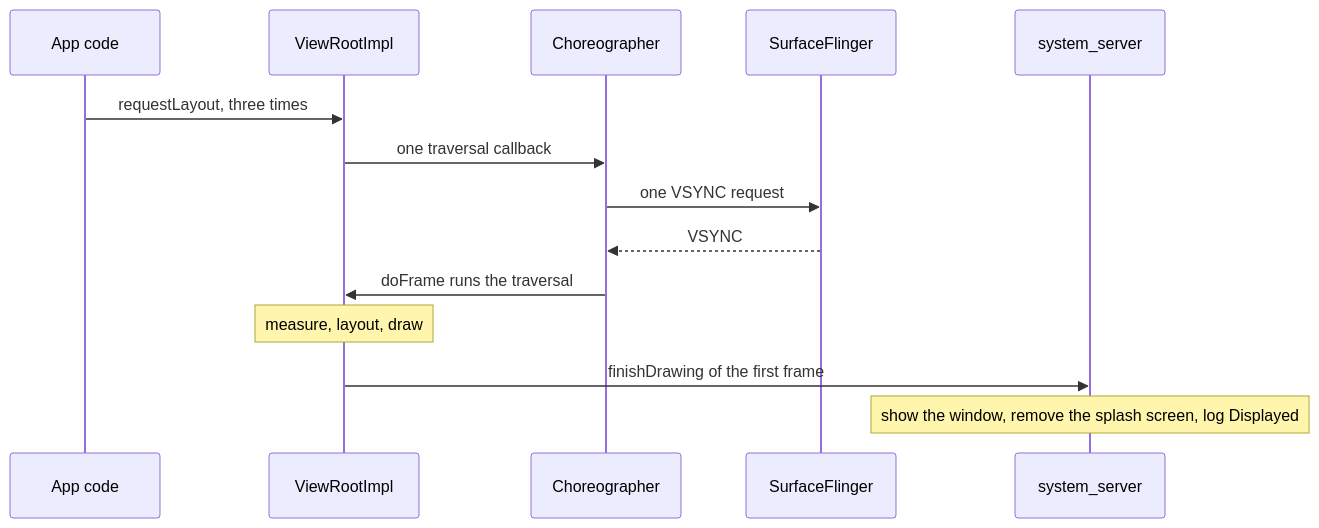
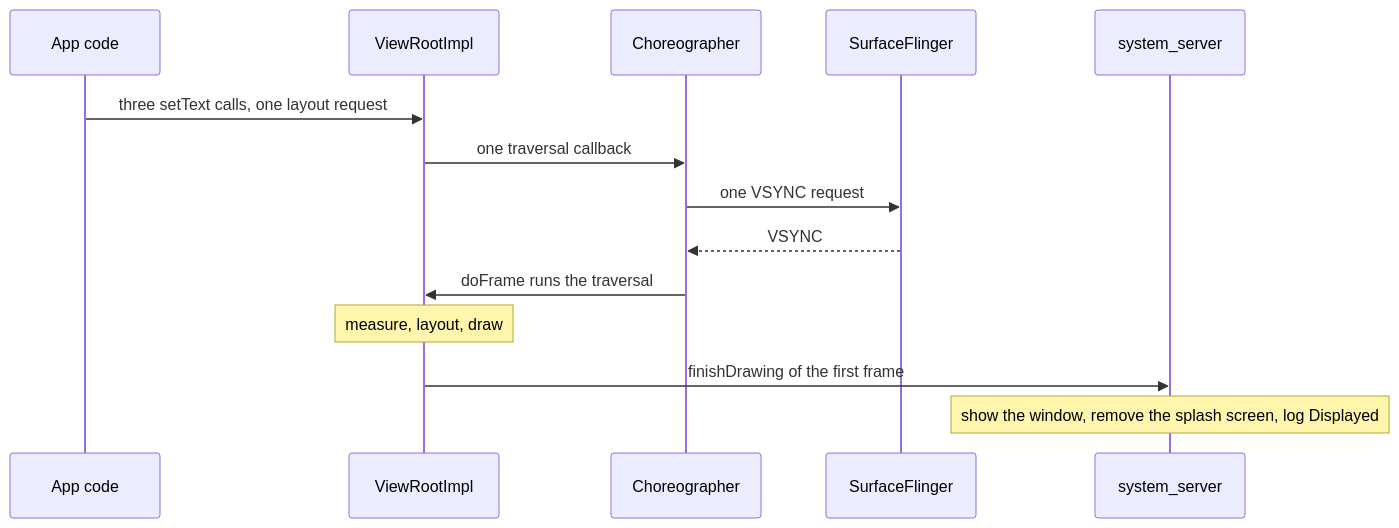
One commit to imGurpreetSK/android-from-first-principles changed the diagram in site/src/content/docs/launch-path/first-frame.mdx. Above: the diagram before and after it, drawn with Mermaid. The commit also changed other lines of this file, not shown here.

````diff
--- a/site/src/content/docs/launch-path/first-frame.mdx
+++ b/site/src/content/docs/launch-path/first-frame.mdx
@@ -185,16 +185,16 @@
 ```mermaid
 sequenceDiagram
   participant App as App code
   participant VRI as ViewRootImpl
   participant C as Choreographer
   participant SF as SurfaceFlinger
   participant SS as system_server
-  App->>VRI: requestLayout, three times
+  App->>VRI: three setText calls, one layout request
   VRI->>C: one traversal callback
   C->>SF: one VSYNC request
   SF-->>C: VSYNC
   C->>VRI: doFrame runs the traversal
   Note over VRI: measure, layout, draw
   VRI->>SS: finishDrawing of the first frame
   Note over SS: show the window, remove the splash screen, log Displayed
 ```
````
